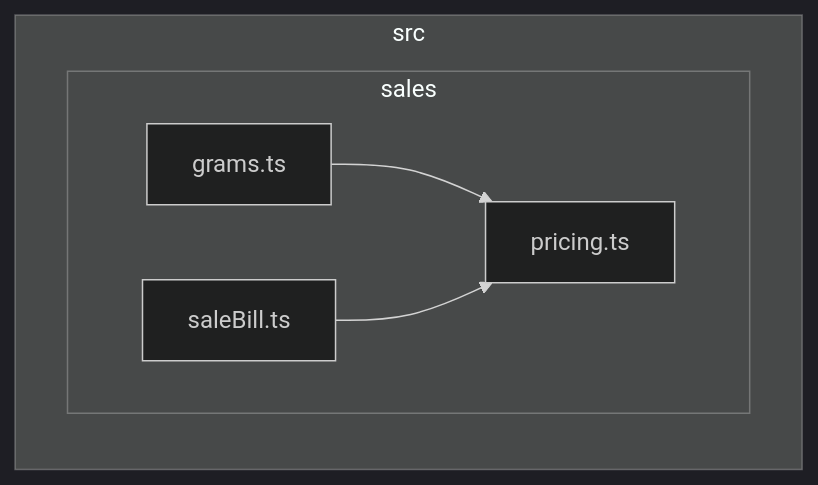
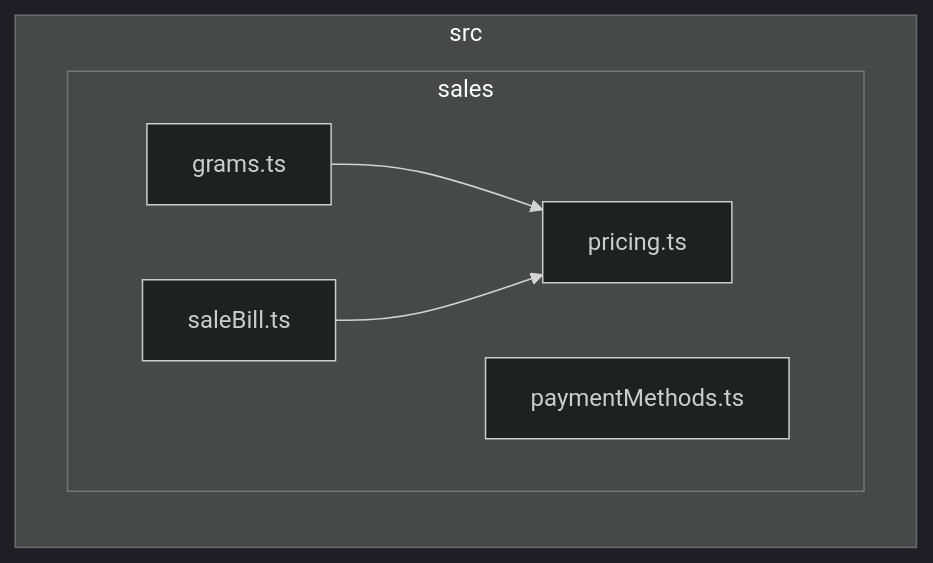
Before and after one commit to GonzaloZevallos/apostrophe: the diagram in docs/architecture/generated/front-modules/sales.md, drawn with Mermaid (dark theme). The commit also changed 1 other file, not shown here.

Commit message:
Regenerate front-module docs for FieldRefusal and paymentMethods

````diff
--- a/docs/architecture/generated/front-modules/sales.md
+++ b/docs/architecture/generated/front-modules/sales.md
@@ -7,12 +7,13 @@
 ```mermaid
 flowchart LR
 subgraph src["src"]
   subgraph src_sales["sales"]
     src_sales_grams_ts["grams.ts"]
+    src_sales_paymentMethods_ts["paymentMethods.ts"]
     src_sales_pricing_ts["pricing.ts"]
     src_sales_saleBill_ts["saleBill.ts"]
   end
 end
 src_sales_grams_ts-->src_sales_pricing_ts
 src_sales_saleBill_ts-->src_sales_pricing_ts
 ```
````
